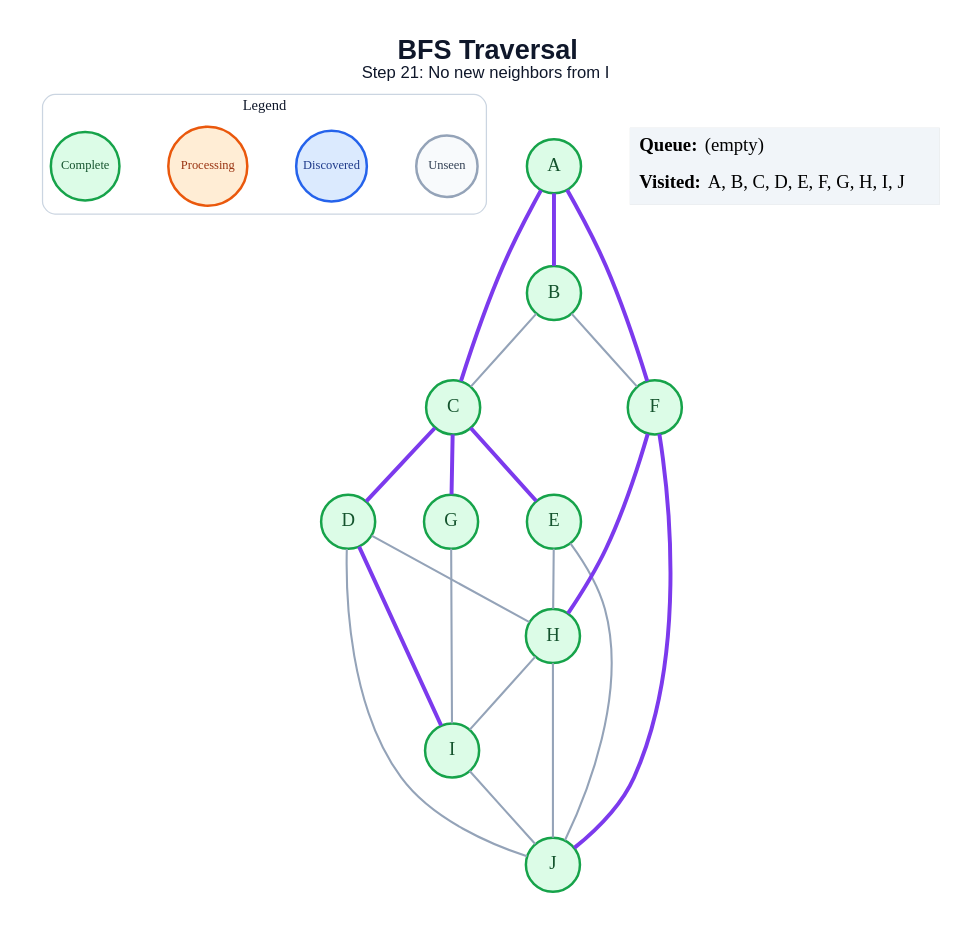
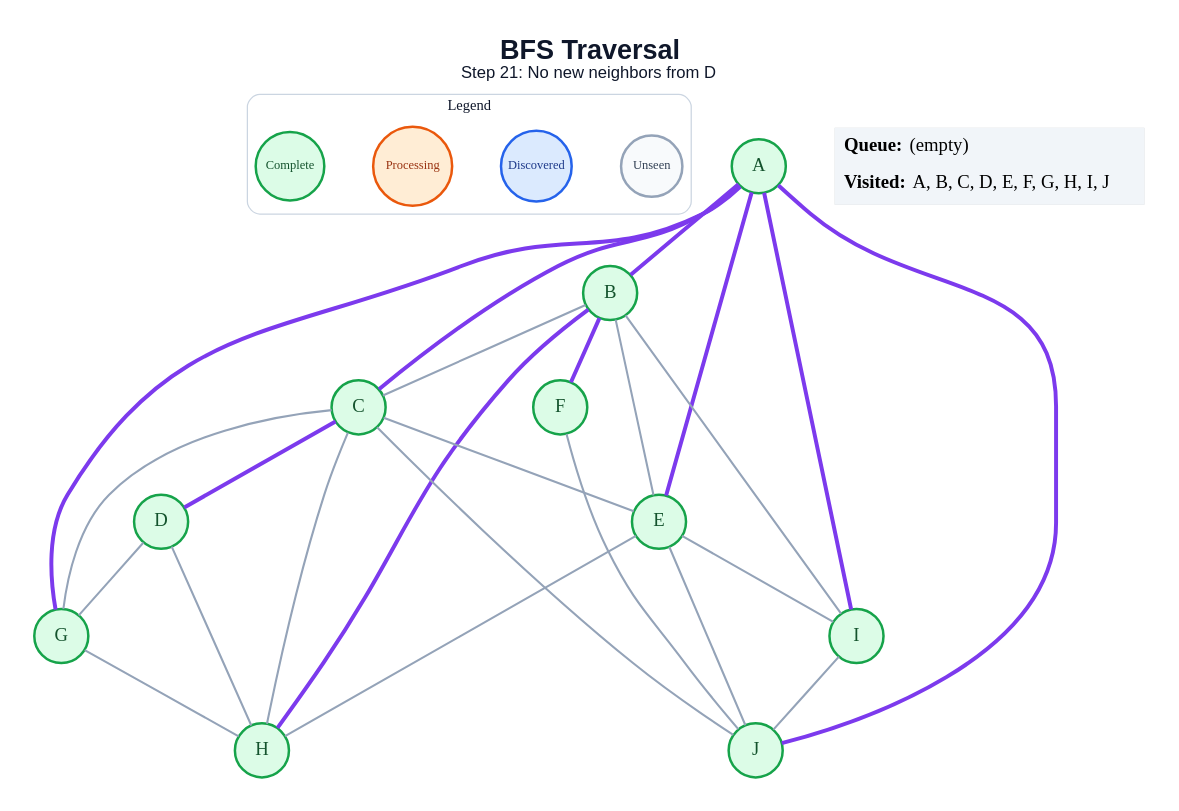
Before and after one commit to amanghodawala9/ai-slop: the diagram in generated/bfs/step_21.dot, drawn with Graphviz. The commit also changed 178 other files, not shown here.

```diff
--- a/generated/bfs/step_21.dot
+++ b/generated/bfs/step_21.dot
@@ -1,48 +1,53 @@
 graph traversal {
   graph [layout=dot, rankdir=TB, bgcolor="#FFFFFF", pad="0.35", nodesep="0.65", ranksep="0.8", fontname="Arial"];
   node [shape=circle, style="filled", fontname="Arial Bold", fontsize=18, width=0.72, fixedsize=true, penwidth=2.4];
   edge [color="#94A3B8", penwidth=2.0];
-  label=<<B>BFS Traversal</B><BR/><FONT POINT-SIZE="16">Step 21: No new neighbors from I</FONT>>; labelloc="t"; fontsize=26; fontname="Arial"; fontcolor="#0F172A";
+  label=<<B>BFS Traversal</B><BR/><FONT POINT-SIZE="16">Step 21: No new neighbors from D</FONT>>; labelloc="t"; fontsize=26; fontname="Arial"; fontcolor="#0F172A";
   subgraph cluster_legend { label="Legend"; color="#CBD5E1"; penwidth=1.2; style="rounded"; fontsize=14; fontname="Arial Bold";
     key_unseen [label="Unseen", fillcolor="#F8FAFC", color="#94A3B8", fontcolor="#334155", fontsize=12, width=0.82];
     key_frontier [label="Discovered", fillcolor="#DBEAFE", color="#2563EB", fontcolor="#1E3A8A", fontsize=12, width=0.95];
     key_current [label="Processing", fillcolor="#FFEDD5", color="#EA580C", fontcolor="#9A3412", fontsize=12, width=1.05];
     key_done [label="Complete", fillcolor="#DCFCE7", color="#16A34A", fontcolor="#14532D", fontsize=12, width=0.92];
     { rank=same; key_unseen; key_frontier; key_current; key_done; }
   }
   A [fillcolor="#DCFCE7", color="#16A34A", fontcolor="#14532D"];
   B [fillcolor="#DCFCE7", color="#16A34A", fontcolor="#14532D"];
   C [fillcolor="#DCFCE7", color="#16A34A", fontcolor="#14532D"];
   D [fillcolor="#DCFCE7", color="#16A34A", fontcolor="#14532D"];
   E [fillcolor="#DCFCE7", color="#16A34A", fontcolor="#14532D"];
   F [fillcolor="#DCFCE7", color="#16A34A", fontcolor="#14532D"];
   G [fillcolor="#DCFCE7", color="#16A34A", fontcolor="#14532D"];
   H [fillcolor="#DCFCE7", color="#16A34A", fontcolor="#14532D"];
   I [fillcolor="#DCFCE7", color="#16A34A", fontcolor="#14532D"];
   J [fillcolor="#DCFCE7", color="#16A34A", fontcolor="#14532D"];
   A -- B [color="#7C3AED", penwidth=3.8];
   A -- C [color="#7C3AED", penwidth=3.8];
-  A -- F [color="#7C3AED", penwidth=3.8];
+  A -- E [color="#7C3AED", penwidth=3.8];
+  A -- G [color="#7C3AED", penwidth=3.8];
+  A -- I [color="#7C3AED", penwidth=3.8];
+  A -- J [color="#7C3AED", penwidth=3.8];
   B -- C;
-  B -- F;
+  B -- E;
+  B -- F [color="#7C3AED", penwidth=3.8];
+  B -- H [color="#7C3AED", penwidth=3.8];
+  B -- I;
   C -- D [color="#7C3AED", penwidth=3.8];
-  C -- E [color="#7C3AED", penwidth=3.8];
-  C -- G [color="#7C3AED", penwidth=3.8];
+  C -- E;
+  C -- G;
+  C -- H;
+  C -- J;
+  D -- G;
   D -- H;
-  D -- I [color="#7C3AED", penwidth=3.8];
-  D -- J;
   E -- H;
+  E -- I;
   E -- J;
-  F -- H [color="#7C3AED", penwidth=3.8];
-  F -- J [color="#7C3AED", penwidth=3.8];
-  G -- I;
-  H -- I;
-  H -- J;
+  F -- J;
+  G -- H;
   I -- J;
   status [shape=plain, fixedsize=false, width=0, height=0, margin=0, label=<
     <TABLE BORDER="0" CELLBORDER="0" CELLPADDING="7" BGCOLOR="#F1F5F9">
       <TR><TD ALIGN="LEFT"><B>Queue:</B> (empty)</TD></TR>
       <TR><TD ALIGN="LEFT"><B>Visited:</B> A, B, C, D, E, F, G, H, I, J</TD></TR>
     </TABLE>
   >];
 }
```
